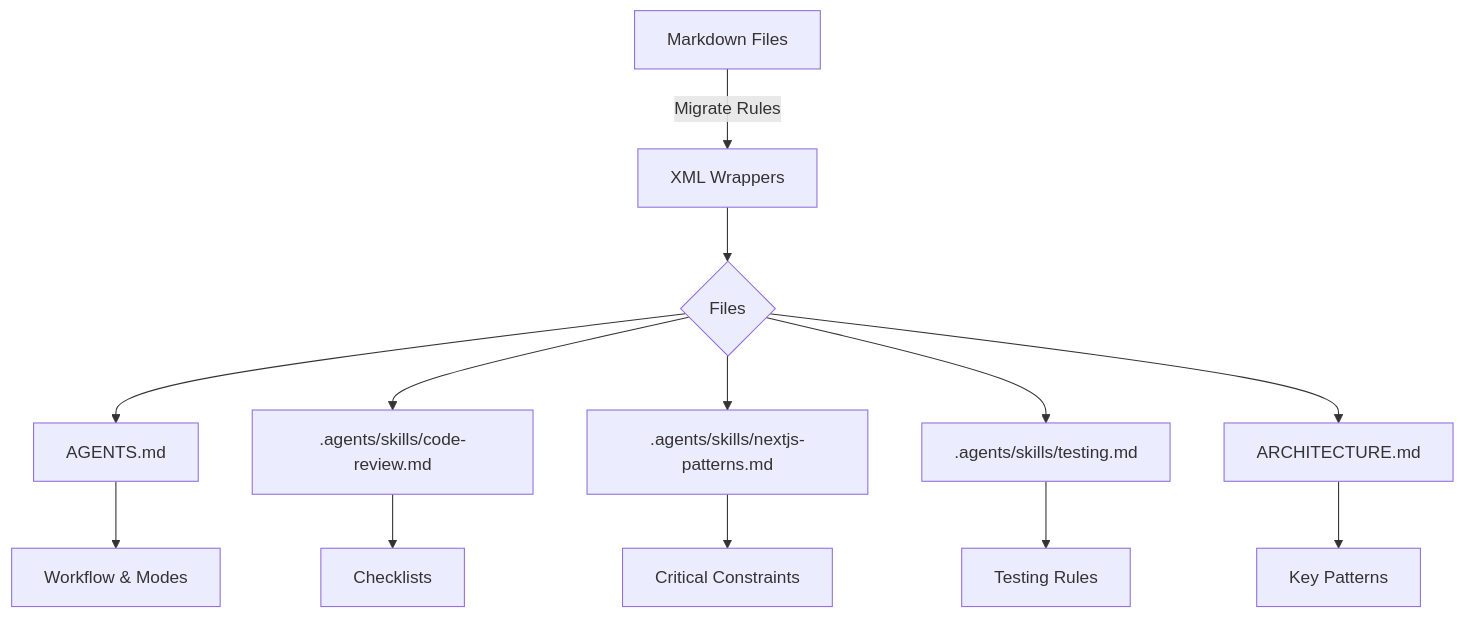
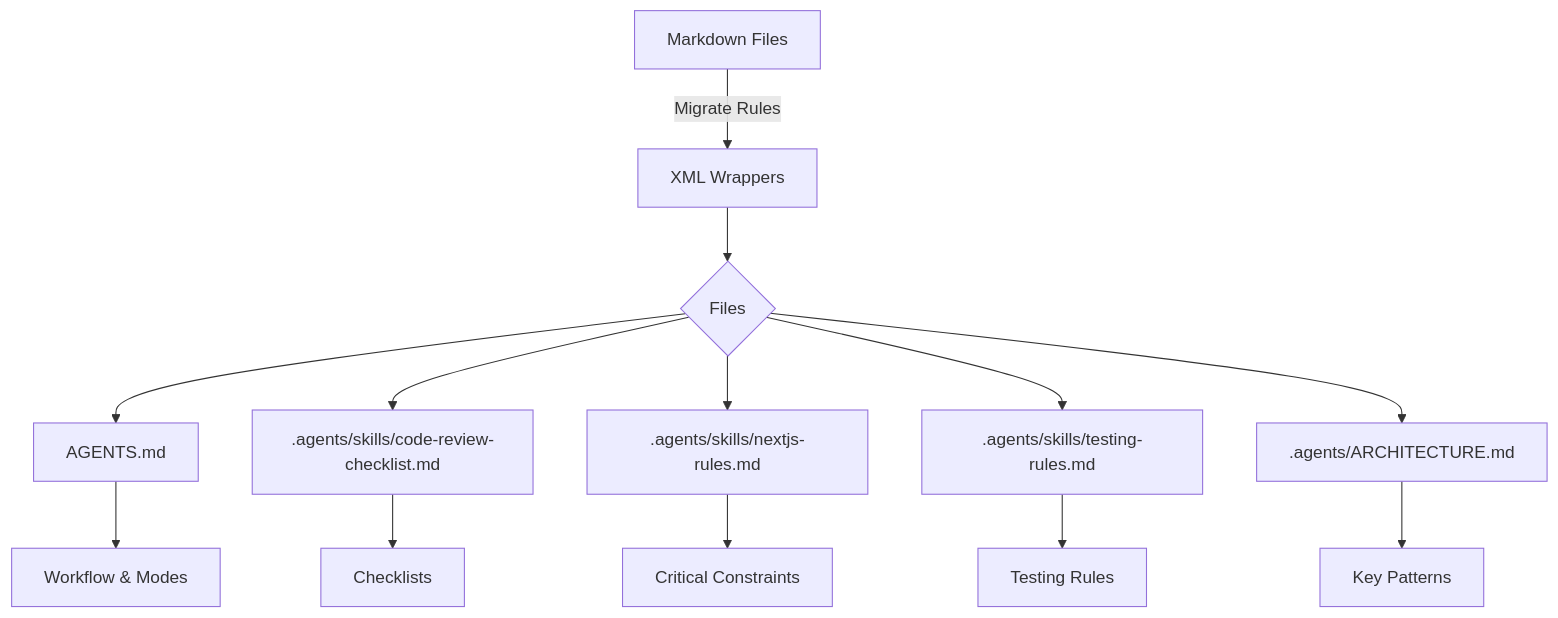
The diagram in .agents/plans/migrate-context-to-xml/diagram.md (kpirumyan/gpro-assistant), drawn with Mermaid before and after one commit. The commit also changed 11 other files, not shown here.

Commit message:
chore(agent): move ARCHITECTURE.md and rename agent skill files for better clarity

````diff
--- a/.agents/plans/migrate-context-to-xml/diagram.md
+++ b/.agents/plans/migrate-context-to-xml/diagram.md
@@ -1,16 +1,16 @@
 ```mermaid
 graph TD
     A[Markdown Files] -->|Migrate Rules| B[XML Wrappers]
     B --> C{Files}
     C --> D[AGENTS.md]
-    C --> E[.agents/skills/code-review.md]
-    C --> F[.agents/skills/nextjs-patterns.md]
-    C --> G[.agents/skills/testing.md]
-    C --> H[ARCHITECTURE.md]
+    C --> E[.agents/skills/code-review-checklist.md]
+    C --> F[.agents/skills/nextjs-rules.md]
+    C --> G[.agents/skills/testing-rules.md]
+    C --> H[.agents/ARCHITECTURE.md]
     
     D --> I[Workflow & Modes]
     E --> J[Checklists]
     F --> K[Critical Constraints]
     G --> L[Testing Rules]
     H --> M[Key Patterns]
 ```
````
